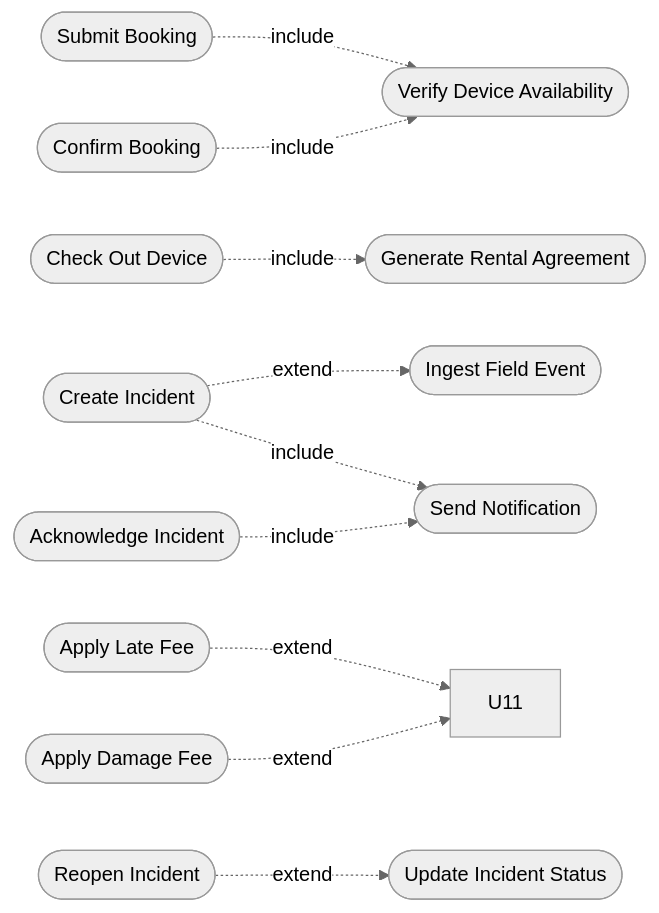
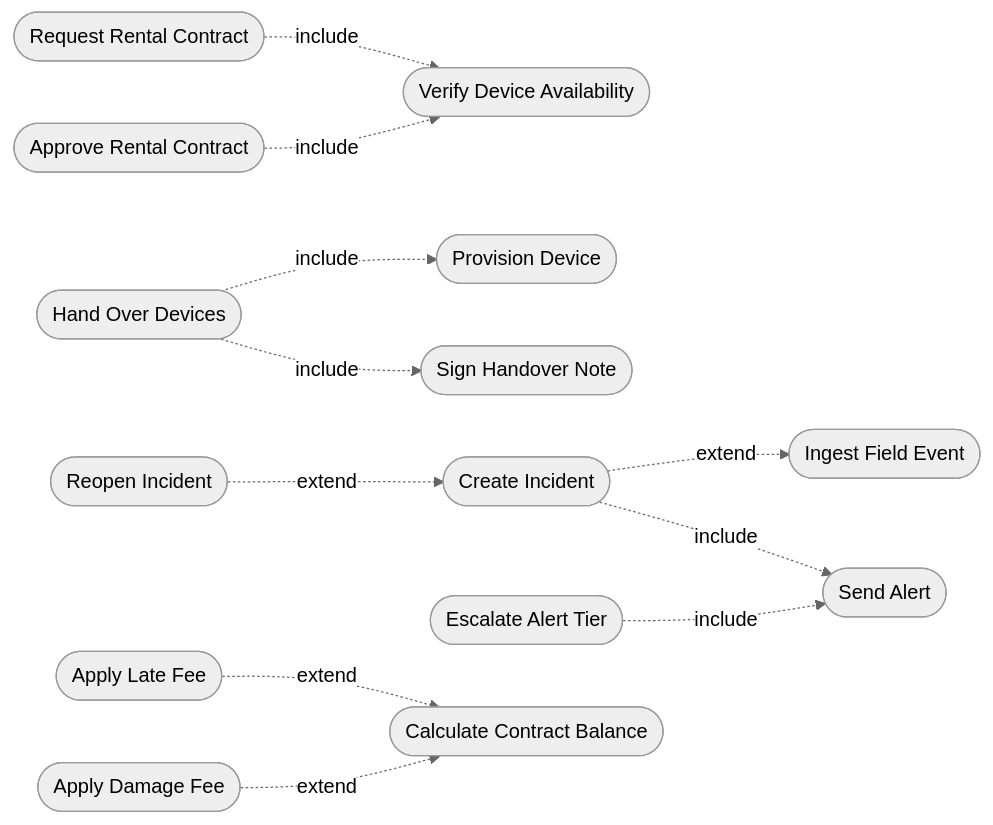
Before and after one commit to TrekLink-Team/treklink-docs: the fourth of 7 diagrams in _docs/00-project-context/06-requirements-foundation.md, drawn with Mermaid (neutral theme). The commit also changed other lines of this file and 8 other files, not shown here.

First line of the commit message:
docs: rescope to an enterprise device-rental platform (D-033 to D-035)

````diff
--- a/_docs/00-project-context/06-requirements-foundation.md
+++ b/_docs/00-project-context/06-requirements-foundation.md
@@ -120,12 +120,13 @@
 ```mermaid
 flowchart LR
-    U2([Submit Booking]) -. include .-> U22([Verify Device Availability])
-    U4([Confirm Booking]) -. include .-> U22
-    U8([Check Out Device]) -. include .-> U7([Generate Rental Agreement])
-    U49([Create Incident]) -. extend .-> U13([Ingest Field Event])
-    U49 -. include .-> U23([Send Notification])
-    U15([Acknowledge Incident]) -. include .-> U23
-    U24([Apply Late Fee]) -. extend .-> U11
-    U25([Apply Damage Fee]) -. extend .-> U11
-    U26([Reopen Incident]) -. extend .-> U16([Update Incident Status])
+    U15([Request Rental Contract]) -. include .-> U16([Verify Device Availability])
+    U17([Approve Rental Contract]) -. include .-> U16
+    U20([Hand Over Devices]) -. include .-> U14([Provision Device])
+    U20 -. include .-> U21([Sign Handover Note])
+    U29([Create Incident]) -. extend .-> U26([Ingest Field Event])
+    U29 -. include .-> U30([Send Alert])
+    U31([Escalate Alert Tier]) -. include .-> U30
+    U36([Reopen Incident]) -. extend .-> U29
+    U46([Apply Late Fee]) -. extend .-> U45([Calculate Contract Balance])
+    U47([Apply Damage Fee]) -. extend .-> U45
 ```
````
